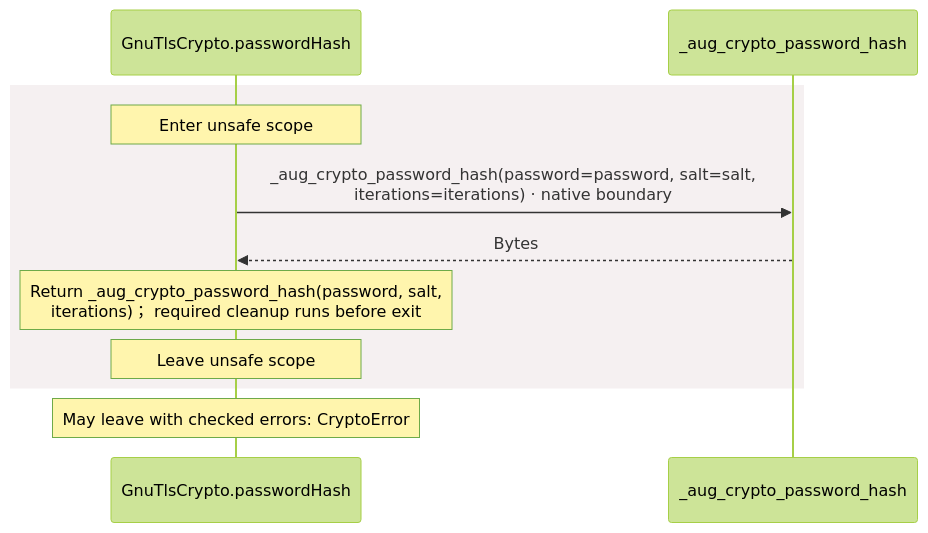
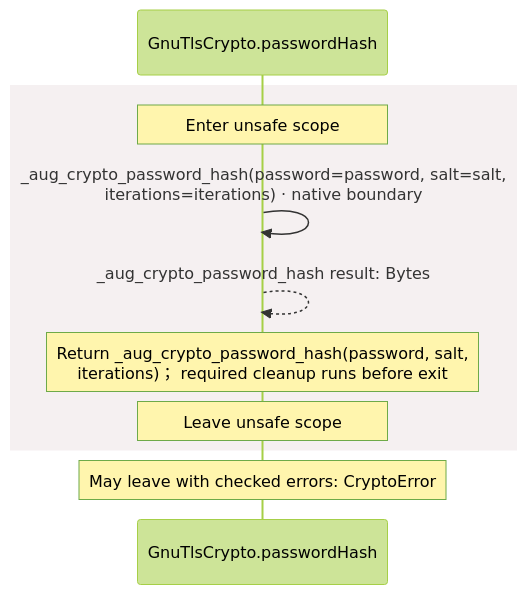
Before and after one commit to GreenPandaStudios/augscript: diagram 13 of 13 in docs/examples/oidc-login/dependencies/packages/@git/url_9ef654c66d34ab8f5527/0.0.0-git.b14a0f9aa41f1ce58bd51133bcdc424033e40d40/contracts-diagrams.md, drawn with Mermaid (forest theme). The commit also changed other lines of this file and 304 other files, not shown here.

Commit message:
Make generated data-flow sequences concise and review every diagram

````diff
--- a/docs/examples/oidc-login/dependencies/packages/@git/url_9ef654c66d34ab8f5527/0.0.0-git.b14a0f9aa41f1ce58bd51133bcdc424033e40d40/contracts-diagrams.md
+++ b/docs/examples/oidc-login/dependencies/packages/@git/url_9ef654c66d34ab8f5527/0.0.0-git.b14a0f9aa41f1ce58bd51133bcdc424033e40d40/contracts-diagrams.md
@@ -490,13 +453,13 @@
 ```mermaid
 sequenceDiagram
     participant p0 as GnuTlsCrypto.passwordHash
-    participant p1 as _aug_crypto_password_hash
+
     rect rgb(245, 240, 241)
     Note over p0: Enter unsafe scope
-    p0->>p1: _aug_crypto_password_hash(password=password, salt=salt,<br/>iterations=iterations) · native boundary
-    p1-->>p0: Bytes
+    p0->>p0: _aug_crypto_password_hash(password=password, salt=salt,<br/>iterations=iterations) · native boundary
+    p0-->>p0: _aug_crypto_password_hash result: Bytes
     Note over p0: Return _aug_crypto_password_hash(password, salt,<br/>iterations)； required cleanup runs before exit
     Note over p0: Leave unsafe scope
     end
     Note over p0: May leave with checked errors: CryptoError
 ```
````
